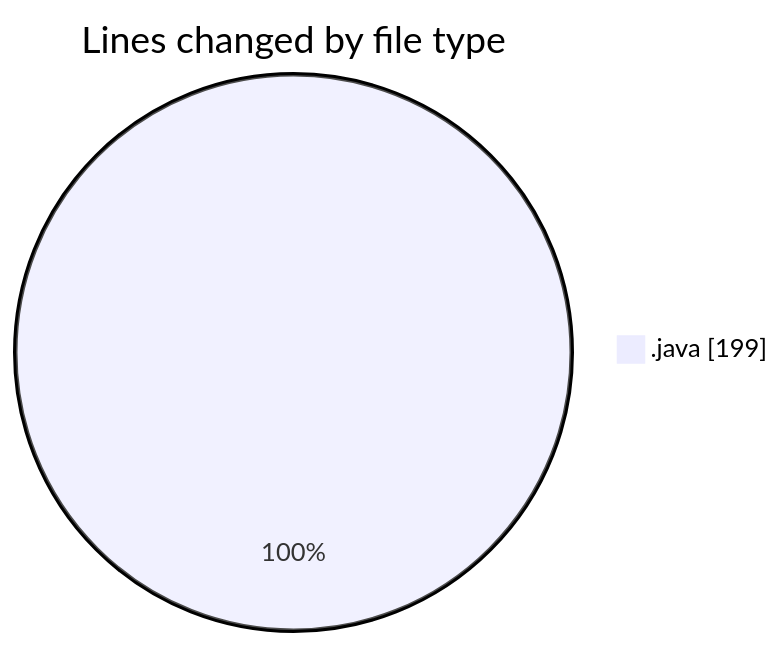
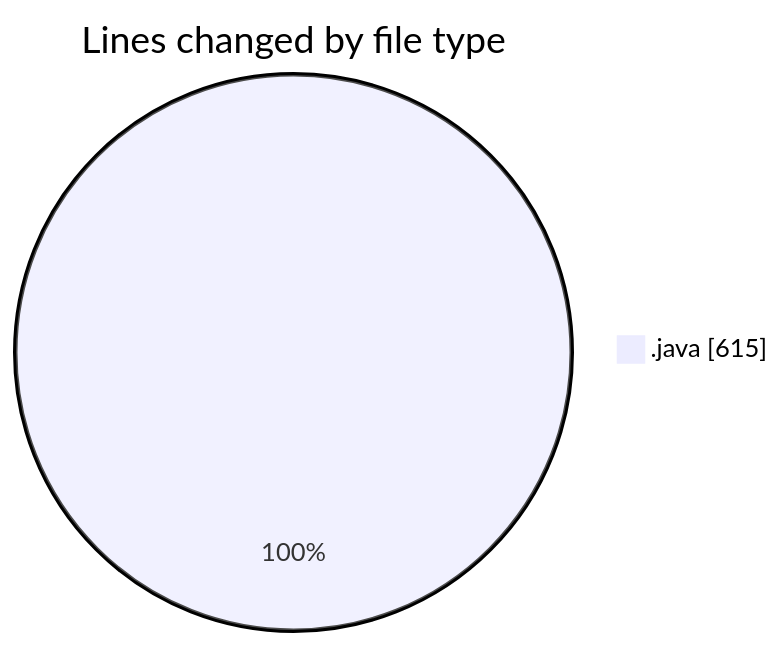
The first of 2 diagrams in 2025-02-20/micros/README.md (charlie-sans/code-tracking), drawn with Mermaid before and after one commit. The commit also changed other lines of this file and 1 other file, not shown here.

````diff
--- a/2025-02-20/micros/README.md
+++ b/2025-02-20/micros/README.md
@@ -20,5 +22,5 @@
 ```mermaid
 pie showData
 title Lines changed by file type
-".java" : 199
+".java" : 615
 ```
````
